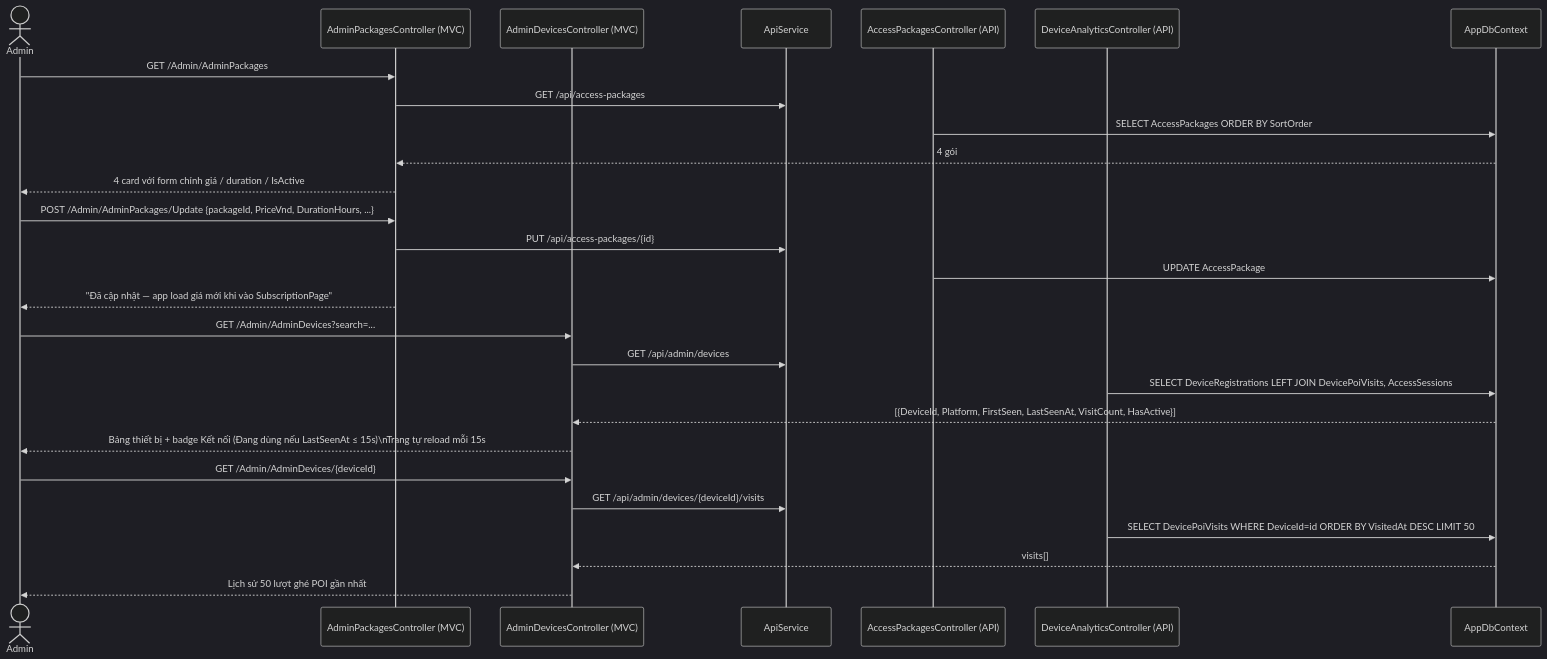
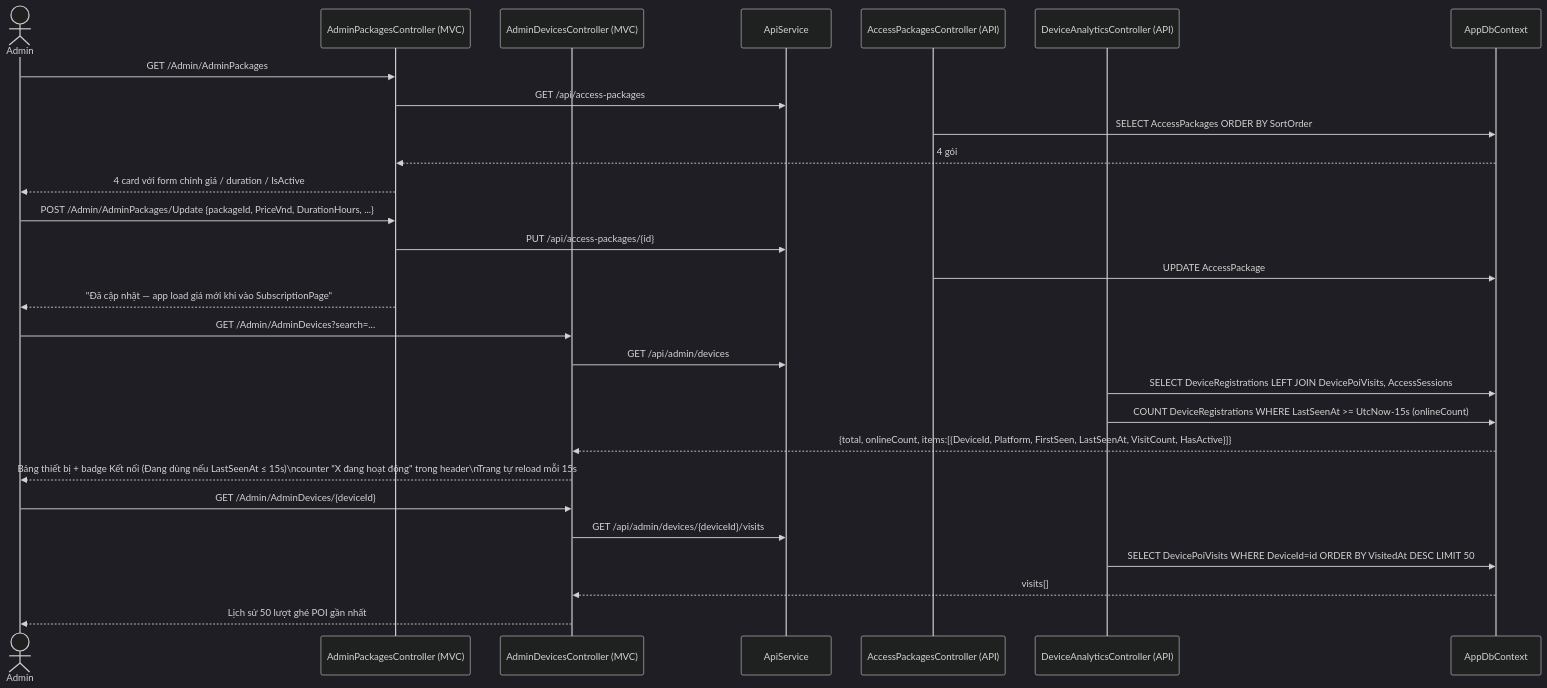
One commit to MTai55/TourguideProjectApp changed diagram 16 of 22 in PRD.md. Above: the diagram before and after it, drawn with Mermaid (dark theme).

````diff
--- a/PRD.md
+++ b/PRD.md
@@ -1817,33 +1817,34 @@
 ```mermaid
 sequenceDiagram
     actor Admin
     participant PkgMVC as AdminPackagesController (MVC)
     participant DevMVC as AdminDevicesController (MVC)
     participant API as ApiService
     participant PkgAPI as AccessPackagesController (API)
     participant DevAPI as DeviceAnalyticsController (API)
     participant DB as AppDbContext
 
     Admin->>PkgMVC: GET /Admin/AdminPackages
     PkgMVC->>API: GET /api/access-packages
     PkgAPI->>DB: SELECT AccessPackages ORDER BY SortOrder
     DB-->>PkgMVC: 4 gói
     PkgMVC-->>Admin: 4 card với form chỉnh giá / duration / IsActive
 
     Admin->>PkgMVC: POST /Admin/AdminPackages/Update {packageId, PriceVnd, DurationHours, ...}
     PkgMVC->>API: PUT /api/access-packages/{id}
     PkgAPI->>DB: UPDATE AccessPackage
     PkgMVC-->>Admin: "Đã cập nhật — app load giá mới khi vào SubscriptionPage"
 
     Admin->>DevMVC: GET /Admin/AdminDevices?search=...
     DevMVC->>API: GET /api/admin/devices
     DevAPI->>DB: SELECT DeviceRegistrations LEFT JOIN DevicePoiVisits, AccessSessions
-    DB-->>DevMVC: [{DeviceId, Platform, FirstSeen, LastSeenAt, VisitCount, HasActive}]
-    DevMVC-->>Admin: Bảng thiết bị + badge Kết nối (Đang dùng nếu LastSeenAt ≤ 15s)\nTrang tự reload mỗi 15s
+    DevAPI->>DB: COUNT DeviceRegistrations WHERE LastSeenAt >= UtcNow-15s (onlineCount)
+    DB-->>DevMVC: {total, onlineCount, items:[{DeviceId, Platform, FirstSeen, LastSeenAt, VisitCount, HasActive}]}
+    DevMVC-->>Admin: Bảng thiết bị + badge Kết nối (Đang dùng nếu LastSeenAt ≤ 15s)\ncounter "X đang hoạt động" trong header\nTrang tự reload mỗi 15s
 
     Admin->>DevMVC: GET /Admin/AdminDevices/{deviceId}
     DevMVC->>API: GET /api/admin/devices/{deviceId}/visits
     DevAPI->>DB: SELECT DevicePoiVisits WHERE DeviceId=id ORDER BY VisitedAt DESC LIMIT 50
     DB-->>DevMVC: visits[]
     DevMVC-->>Admin: Lịch sử 50 lượt ghé POI gần nhất
 ```
````
